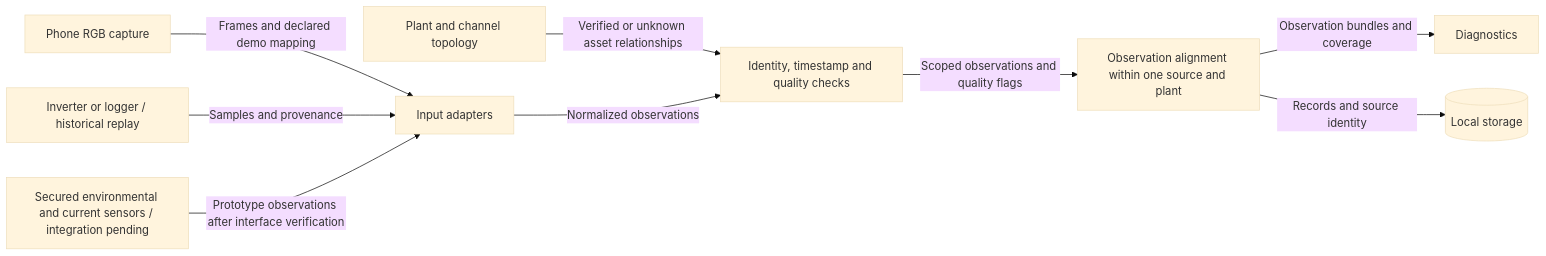
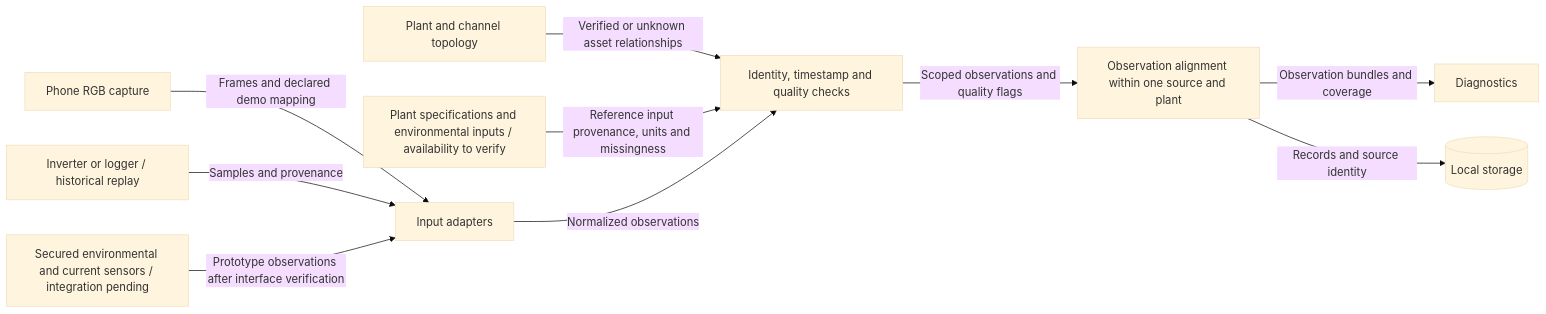
One commit to B-AROL-O/hackturin-2026 changed the diagram in docs/architecture/components/acquisition.md. Above: the diagram before and after it, drawn with Mermaid (base theme). The commit also changed other lines of this file and 25 other files, not shown here.

````diff
--- a/docs/architecture/components/acquisition.md
+++ b/docs/architecture/components/acquisition.md
@@ -10,20 +10,22 @@
 ```mermaid
 flowchart LR
     phone["Phone RGB capture"]
     telemetry["Inverter or logger / historical replay"]
     sensors["Secured environmental and current sensors / integration pending"]
     mapping["Plant and channel topology"]
+    context["Plant specifications and environmental inputs / availability to verify"]
     adapters["Input adapters"]
     validate["Identity, timestamp and quality checks"]
     align["Observation alignment within one source and plant"]
     diagnostics["Diagnostics"]
     storage[("Local storage")]
     phone -->|Frames and declared demo mapping| adapters
     telemetry -->|Samples and provenance| adapters
     sensors -->|Prototype observations after interface verification| adapters
     mapping -->|Verified or unknown asset relationships| validate
+    context -->|Reference input provenance, units and missingness| validate
     adapters -->|Normalized observations| validate
     validate -->|Scoped observations and quality flags| align
     align -->|Observation bundles and coverage| diagnostics
     align -->|Records and source identity| storage
 ```
````
